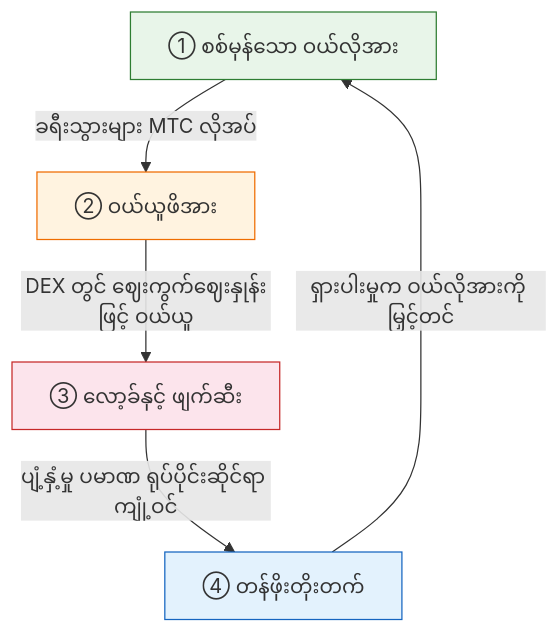
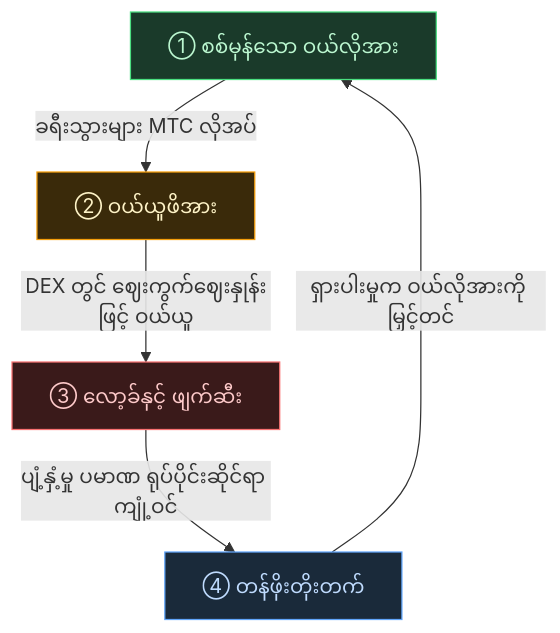
One commit to Cootakahashi/matsuri-dao-whitepaper changed the first of 2 diagrams in i18n/my/docusaurus-plugin-content-docs/current/02-vision.md. Above: the diagram before and after it, drawn with Mermaid. The commit also changed 102 other files, not shown here.

````diff
--- a/i18n/my/docusaurus-plugin-content-docs/current/02-vision.md
+++ b/i18n/my/docusaurus-plugin-content-docs/current/02-vision.md
@@ -42,12 +42,12 @@
 ```mermaid
 graph TD
-    A["① စစ်မှန်သော ဝယ်လိုအား"] -->|ခရီးသွားများ MTC လိုအပ်| B["② ဝယ်ယူဖိအား"]
-    B -->|DEX တွင် ဈေးကွက်ဈေးနှုန်းဖြင့် ဝယ်ယူ| C["③ လော့ခ်နှင့် ဖျက်ဆီး"]
-    C -->|ပျံ့နှံ့မှု ပမာဏ ရုပ်ပိုင်းဆိုင်ရာ ကျုံ့ဝင်| D["④ တန်ဖိုးတိုးတက်"]
+    A["① စစ်မှန်သော ဝယ်လိုအား"]:::step1 -->|ခရီးသွားများ MTC လိုအပ်| B["② ဝယ်ယူဖိအား"]:::step2
+    B -->|DEX တွင် ဈေးကွက်ဈေးနှုန်းဖြင့် ဝယ်ယူ| C["③ လော့ခ်နှင့် ဖျက်ဆီး"]:::step3
+    C -->|ပျံ့နှံ့မှု ပမာဏ ရုပ်ပိုင်းဆိုင်ရာ ကျုံ့ဝင်| D["④ တန်ဖိုးတိုးတက်"]:::step4
     D -->|ရှားပါးမှုက ဝယ်လိုအားကို မြှင့်တင်| A
 
-    style A fill:#e8f5e9,stroke:#2e7d32
-    style B fill:#fff3e0,stroke:#ef6c00
-    style C fill:#fce4ec,stroke:#c62828
-    style D fill:#e3f2fd,stroke:#1565c0
+    classDef step1 fill:#1a3a2a,stroke:#4ade80,color:#bbf7d0
+    classDef step2 fill:#3a2a0a,stroke:#f59e0b,color:#fef3c7
+    classDef step3 fill:#3a1a1a,stroke:#f87171,color:#fecaca
+    classDef step4 fill:#1a2a3a,stroke:#60a5fa,color:#bfdbfe
 ```
````
